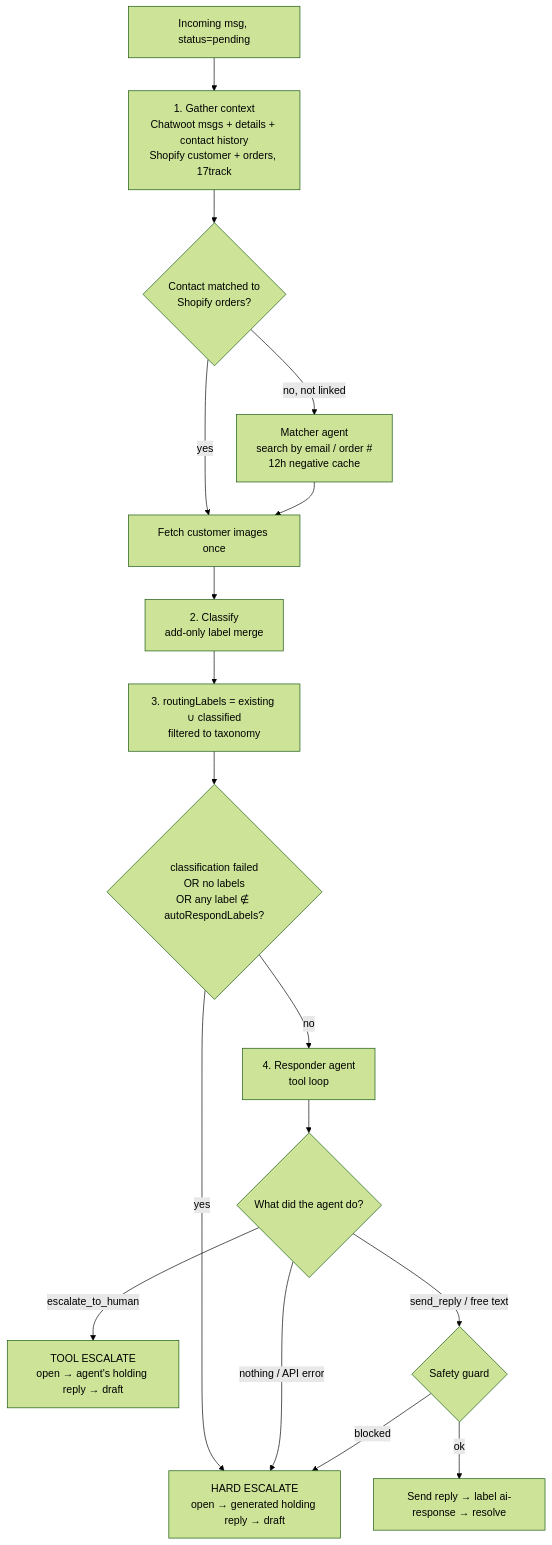
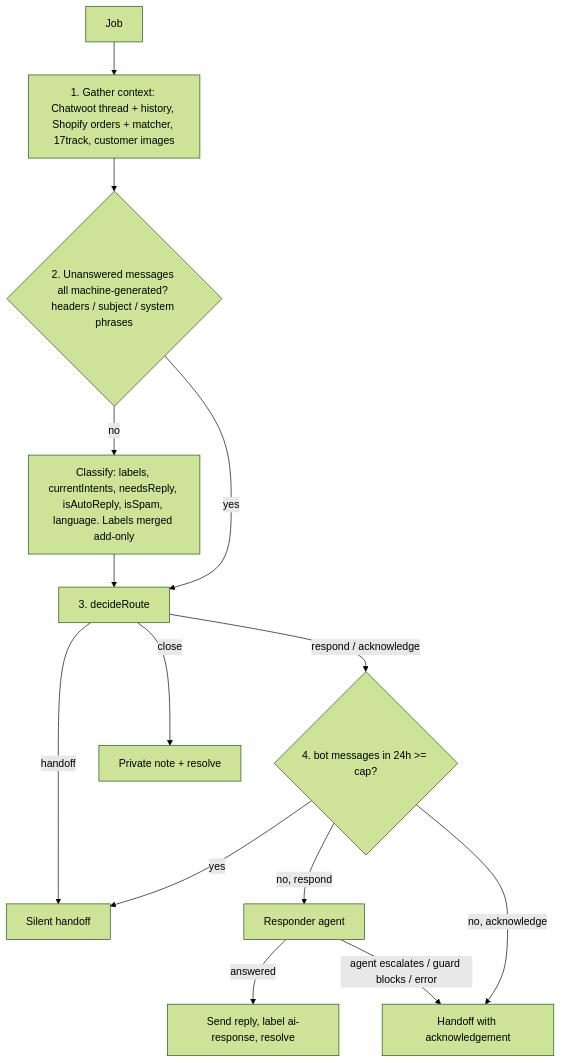
One commit to kubiGamer6000/shopify-chatwoot-sync changed the second of 2 diagrams in docs/agent-bot.md. Above: the diagram before and after it, drawn with Mermaid (forest theme). The commit also changed other lines of this file and 31 other files, not shown here.

First line of the commit message:
AgentBot: intent routing, acknowledgements (shadow), sweeper and loop guards

````diff
--- a/docs/agent-bot.md
+++ b/docs/agent-bot.md
@@ -108,19 +85,16 @@
 ```mermaid
 flowchart TD
-    W[Incoming msg, status=pending] --> C1[1. Gather context<br/>Chatwoot msgs + details + contact history<br/>Shopify customer + orders, 17track]
-    C1 --> M{Contact matched to<br/>Shopify orders?}
-    M -->|no, not linked| MA[Matcher agent<br/>search by email / order #<br/>12h negative cache]
-    M -->|yes| IM
-    MA --> IM[Fetch customer images once]
-    IM --> CL[2. Classify<br/>add-only label merge]
-    CL --> R[3. routingLabels = existing ∪ classified<br/>filtered to taxonomy]
-    R --> D{classification failed<br/>OR no labels<br/>OR any label ∉ autoRespondLabels?}
-    D -->|yes| HE[HARD ESCALATE<br/>open → generated holding reply → draft]
-    D -->|no| RA[4. Responder agent<br/>tool loop]
-    RA --> T{What did the agent do?}
-    T -->|escalate_to_human| TE[TOOL ESCALATE<br/>open → agent's holding reply → draft]
-    T -->|send_reply / free text| G{Safety guard}
-    T -->|nothing / API error| HE
-    G -->|blocked| HE
-    G -->|ok| S[Send reply → label ai-response → resolve]
+    J[Job] --> C[1. Gather context: Chatwoot thread + history, Shopify orders + matcher, 17track, customer images]
+    C --> A{2. Unanswered messages all machine-generated? headers / subject / system phrases}
+    A -->|yes| R
+    A -->|no| CL[Classify: labels, currentIntents, needsReply, isAutoReply, isSpam, language. Labels merged add-only]
+    CL --> R[3. decideRoute]
+    R -->|respond / acknowledge| CAP{4. bot messages in 24h >= cap?}
+    CAP -->|yes| HO[Silent handoff]
+    CAP -->|no, respond| RESP[Responder agent]
+    CAP -->|no, acknowledge| ACK[Handoff with acknowledgement]
+    R -->|handoff| HO
+    R -->|close| CLOSE[Private note + resolve]
+    RESP -->|answered| DONE[Send reply, label ai-response, resolve]
+    RESP -->|agent escalates / guard blocks / error| ACK
 ```
````
